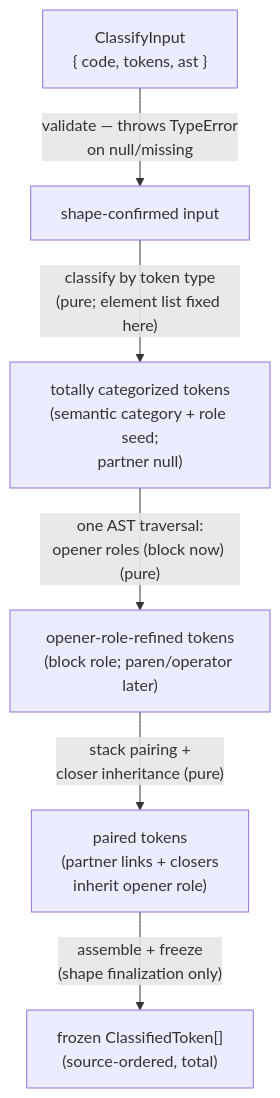
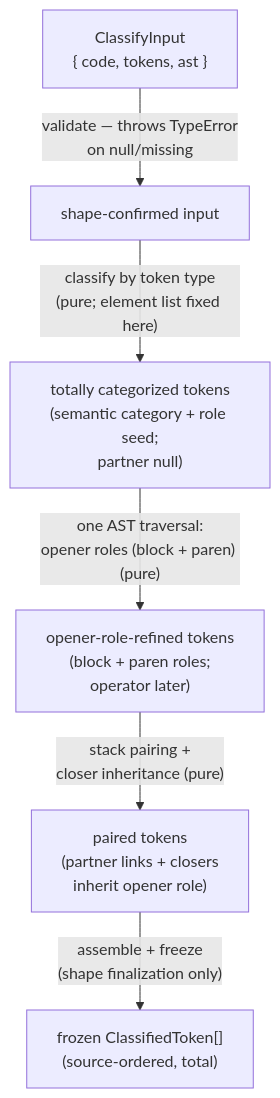
Before and after one commit to codeschoolinabox/curricula: the diagram in src/lib/study-lenses/lib/classifying/DOCS.md, drawn with Mermaid. The commit also changed other lines of this file and 4 other files, not shown here.

First line of the commit message:
add: assign call-arguments / control-head / grouping roles to paren openers

````diff
--- a/src/lib/study-lenses/lib/classifying/DOCS.md
+++ b/src/lib/study-lenses/lib/classifying/DOCS.md
@@ -81,15 +86,15 @@
 ```mermaid
 flowchart TD
     In["ClassifyInput<br/>{ code, tokens, ast }"]
     Shaped["shape-confirmed input"]
     Seeded["totally categorized tokens<br/>(semantic category + role seed;<br/>partner null)"]
-    Refined["opener-role-refined tokens<br/>(block role; paren/operator later)"]
+    Refined["opener-role-refined tokens<br/>(block + paren roles;<br/>operator later)"]
     Paired["paired tokens<br/>(partner links + closers<br/>inherit opener role)"]
     Out["frozen ClassifiedToken[]<br/>(source-ordered, total)"]
 
     In -->|"validate — throws TypeError<br/>on null/missing"| Shaped
     Shaped -->|"classify by token type<br/>(pure; element list fixed here)"| Seeded
-    Seeded -->|"one AST traversal:<br/>opener roles (block now) (pure)"| Refined
+    Seeded -->|"one AST traversal:<br/>opener roles (block + paren) (pure)"| Refined
     Refined -->|"stack pairing +<br/>closer inheritance (pure)"| Paired
     Paired -->|"assemble + freeze<br/>(shape finalization only)"| Out
 ```
````
